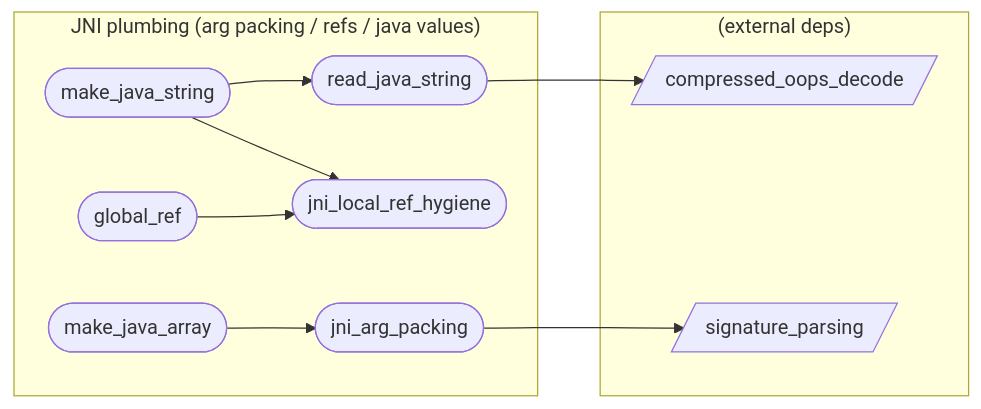
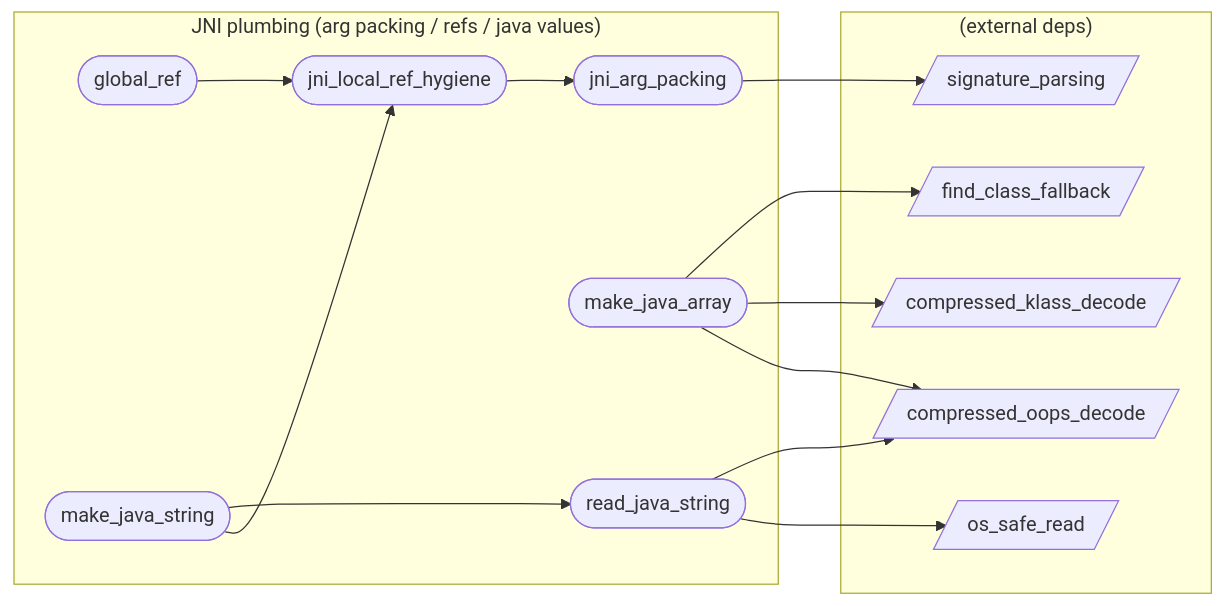
One commit to xxxnpno/VMHook changed the diagram in audit/graph/categories/jni.md. Above: the diagram before and after it, drawn with Mermaid. The commit also changed other lines of this file and 169 other files, not shown here.

````diff
--- a/audit/graph/categories/jni.md
+++ b/audit/graph/categories/jni.md
@@ -23,21 +23,28 @@
 ```mermaid
 flowchart LR
   subgraph jni["JNI plumbing (arg packing / refs / java values)"]
     global_ref([global_ref])
     jni_arg_packing([jni_arg_packing])
     jni_local_ref_hygiene([jni_local_ref_hygiene])
     make_java_array([make_java_array])
     make_java_string([make_java_string])
     read_java_string([read_java_string])
   end
   subgraph external["(external deps)"]
+    compressed_klass_decode[/compressed_klass_decode/]
     compressed_oops_decode[/compressed_oops_decode/]
+    find_class_fallback[/find_class_fallback/]
+    os_safe_read[/os_safe_read/]
     signature_parsing[/signature_parsing/]
   end
   global_ref --> jni_local_ref_hygiene
   jni_arg_packing --> signature_parsing
-  make_java_array --> jni_arg_packing
+  jni_local_ref_hygiene --> jni_arg_packing
+  make_java_array --> find_class_fallback
+  make_java_array --> compressed_klass_decode
+  make_java_array --> compressed_oops_decode
   make_java_string --> read_java_string
   make_java_string --> jni_local_ref_hygiene
   read_java_string --> compressed_oops_decode
+  read_java_string --> os_safe_read
 ```
````
